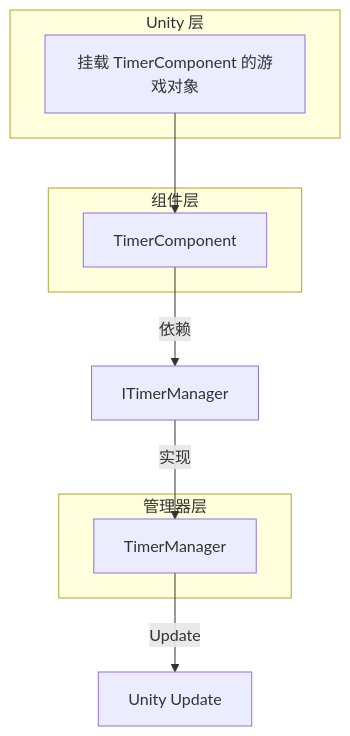
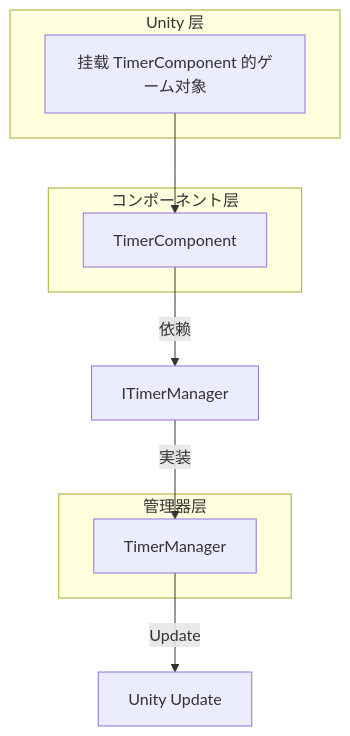
Before and after one commit to AlianBlank/GameFrameX.Docs: the second of 3 diagrams in docs/ja/client/unity/component/timer/05.timer-component.md, drawn with Mermaid. The commit also changed other lines of this file and 603 other files, not shown here.

````diff
--- a/docs/ja/client/unity/component/timer/05.timer-component.md
+++ b/docs/ja/client/unity/component/timer/05.timer-component.md
@@ -55,20 +55,20 @@
 ```mermaid
 flowchart TD
     subgraph Unity["Unity 层"]
-        GameObject[挂载 TimerComponent 的游戏对象]
+        GameObject[挂载 TimerComponent 的ゲーム对象]
     end
     
-    subgraph Component["组件层"]
+    subgraph Component["コンポーネント层"]
         TC[TimerComponent]
     end
     
     subgraph Manager["管理器层"]
         TM[TimerManager]
     end
     
     GameObject --> TC
     TC -->|依赖| ITM[ITimerManager]
-    ITM -->|实现| TM
+    ITM -->|実装| TM
     
     TM -->|Update| UnityUpdate[Unity Update]
 ```
````
